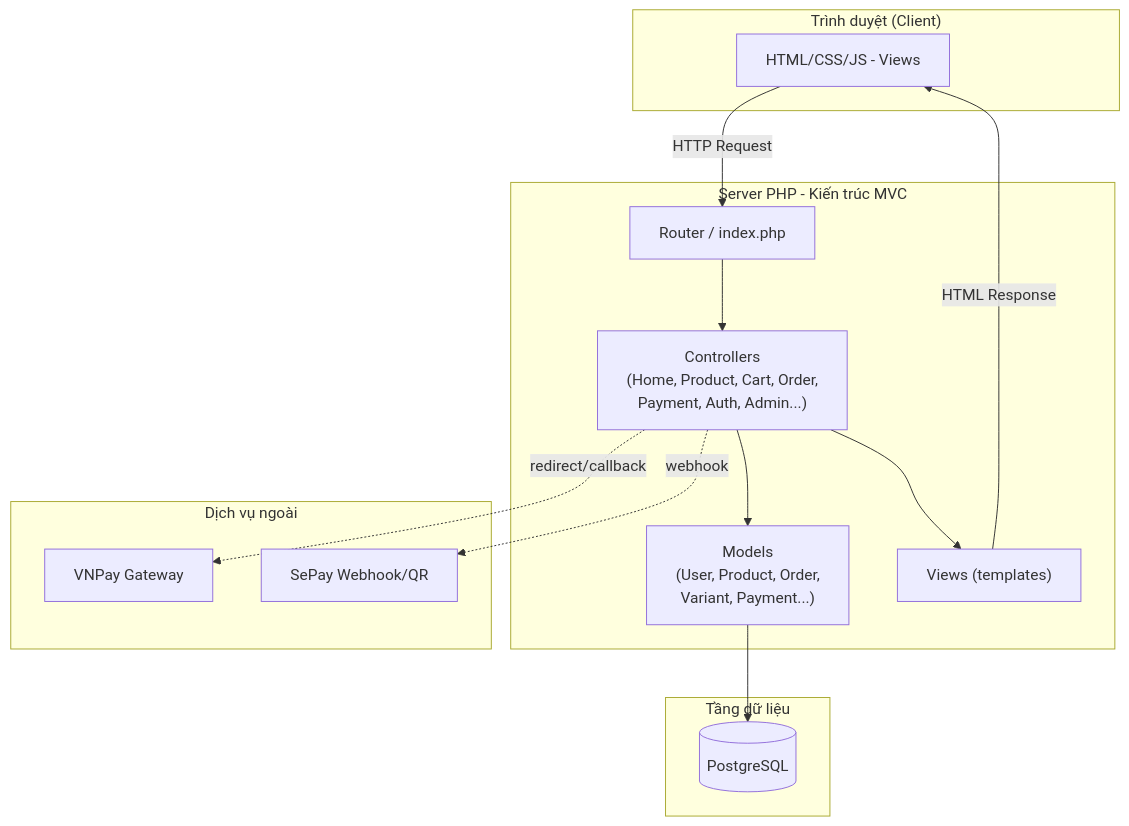
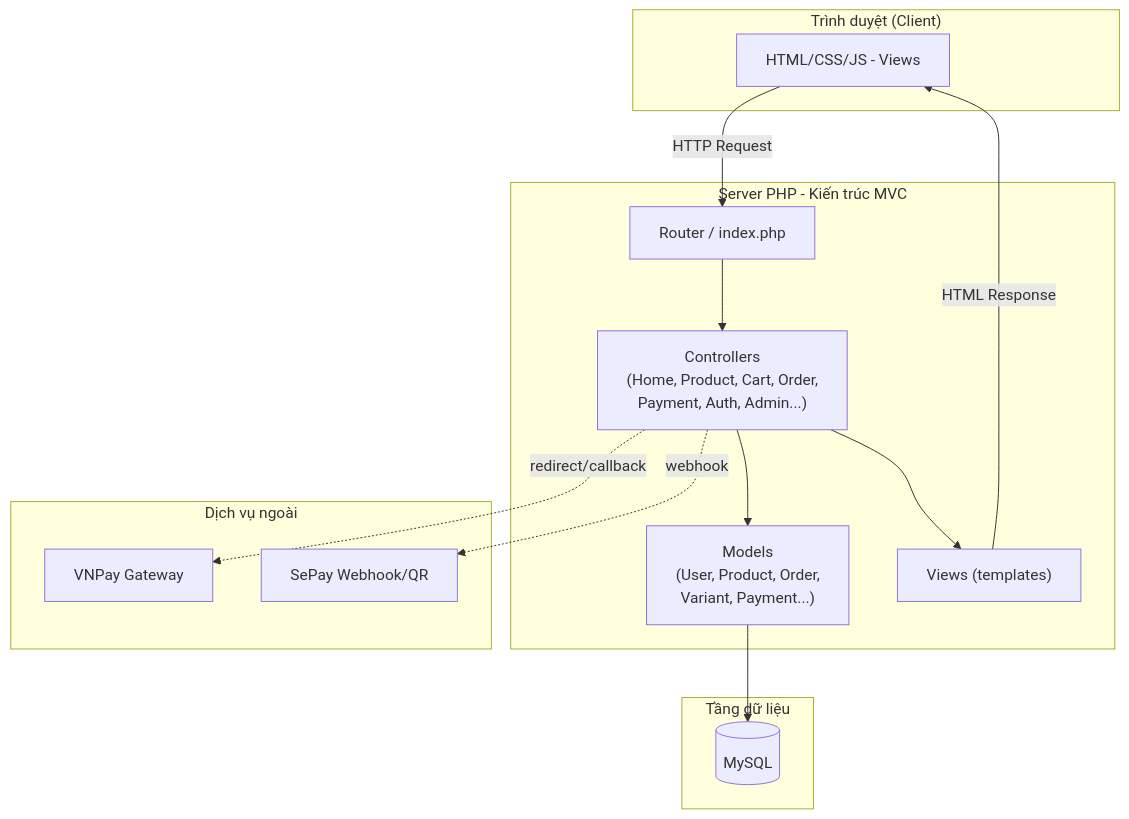
Before and after one commit to 0xDa1Vu/Project_LTW: the fourth of 5 diagrams in docs/phan_tich_thiet_ke.md, drawn with Mermaid. The commit also changed other lines of this file and 24 other files, not shown here.

First line of the commit message:
Chuyển database từ PostgreSQL sang MySQL, hỗ trợ chạy bằng XAMPP song song Docker

````diff
--- a/docs/phan_tich_thiet_ke.md
+++ b/docs/phan_tich_thiet_ke.md
@@ -266,31 +266,31 @@
 ```mermaid
 flowchart TB
     subgraph Client["Trình duyệt (Client)"]
         UI[HTML/CSS/JS - Views]
     end
 
     subgraph Server["Server PHP - Kiến trúc MVC"]
         Router[Router / index.php]
         Controllers["Controllers\n(Home, Product, Cart, Order,\nPayment, Auth, Admin...)"]
         Models["Models\n(User, Product, Order,\nVariant, Payment...)"]
         Views["Views (templates)"]
     end
 
     subgraph Data["Tầng dữ liệu"]
-        DB[(PostgreSQL)]
+        DB[(MySQL)]
     end
 
     subgraph External["Dịch vụ ngoài"]
         VNPay[VNPay Gateway]
         SePay[SePay Webhook/QR]
     end
 
     UI -->|HTTP Request| Router
     Router --> Controllers
     Controllers --> Models
     Models --> DB
     Controllers --> Views
     Views -->|HTML Response| UI
     Controllers -.->|redirect/callback| VNPay
     Controllers -.->|webhook| SePay
 ```
````
